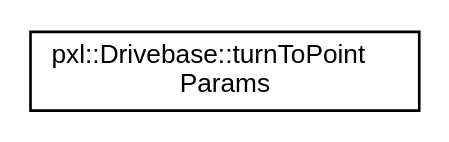
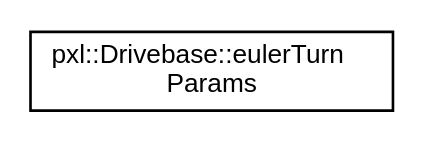
Before and after one commit to Pixel-Lib/Pixel: the diagram in inherit_graph_7.dot, drawn with Graphviz. The commit also changed 247 other files, not shown here.

```diff
--- a/inherit_graph_7.dot
+++ b/inherit_graph_7.dot
@@ -1,8 +1,8 @@
 digraph "Graphical Class Hierarchy"
 {
  // LATEX_PDF_SIZE
   edge [fontname="Helvetica",fontsize="10",labelfontname="Helvetica",labelfontsize="10"];
   node [fontname="Helvetica",fontsize="10",shape=record];
   rankdir="LR";
-  Node0 [label="pxl::Drivebase::turnToPoint\lParams",height=0.2,width=0.4,color="black", fillcolor="white", style="filled",URL="$structpxl_1_1Drivebase_1_1turnToPointParams.html",tooltip=" "];
+  Node0 [label="pxl::Drivebase::eulerTurn\lParams",height=0.2,width=0.4,color="black", fillcolor="white", style="filled",URL="$structpxl_1_1Drivebase_1_1eulerTurnParams.html",tooltip=" "];
 }
```
